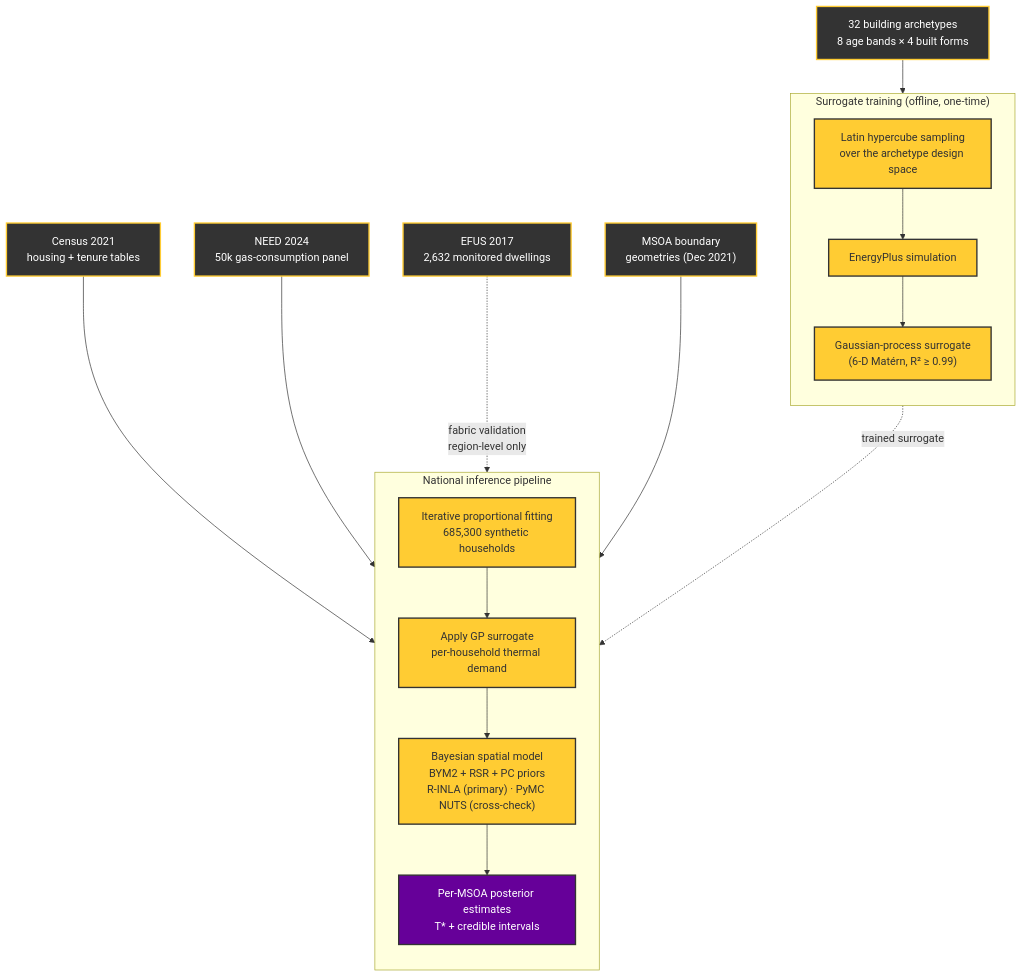
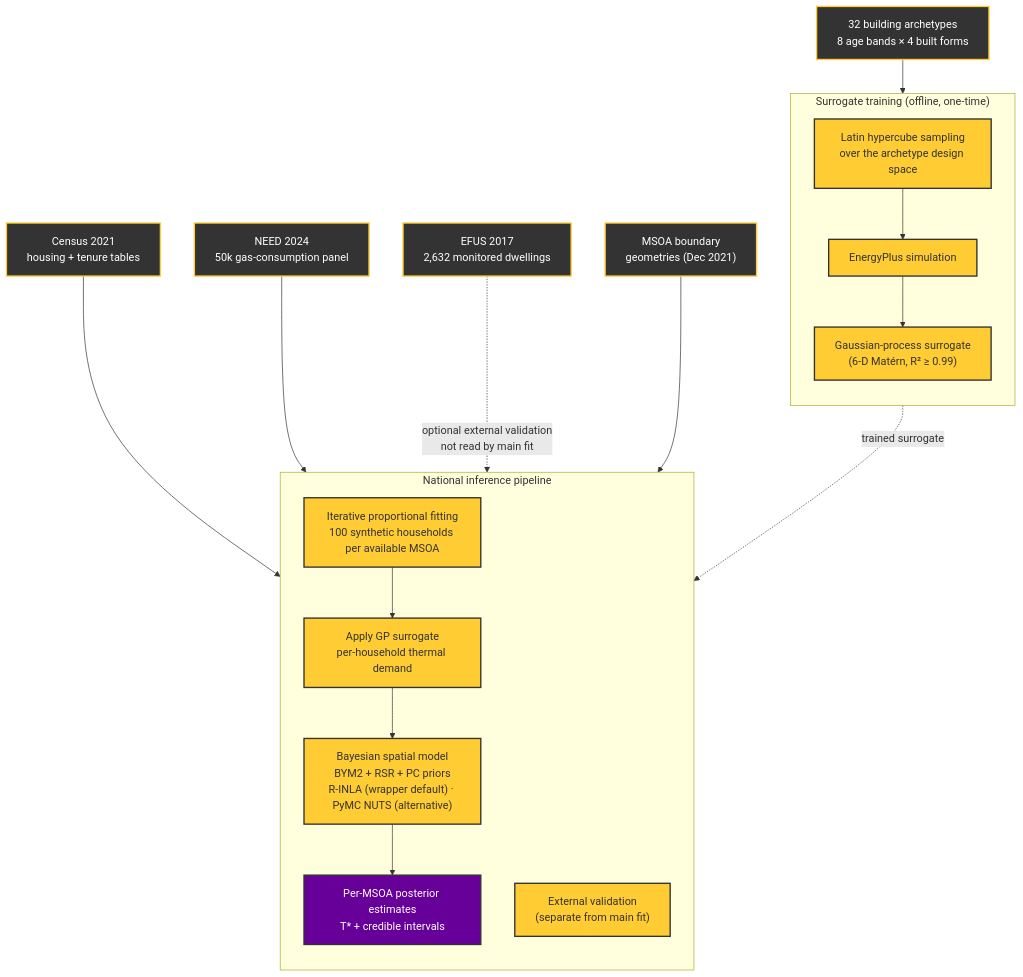
Before and after one commit to JulesBuckland/national-energy-bayesian-network: the diagram in README.md, drawn with Mermaid. The commit also changed other lines of this file and 13 other files, not shown here.

````diff
--- a/README.md
+++ b/README.md
@@ -35,37 +38,38 @@
 ```mermaid
 flowchart TD
     classDef dataset fill:#333333,color:#ffffff,stroke:#FFCC33,stroke-width:2px
     classDef func fill:#FFCC33,color:#333333,stroke:#333333,stroke-width:2px
     classDef output fill:#660099,color:#ffffff,stroke:#333333,stroke-width:2px
 
     %% ── Datasets (external to both pipelines) ──
     Archetypes["32 building archetypes<br/>8 age bands × 4 built forms"]:::dataset
     Census["Census 2021<br/>housing + tenure tables"]:::dataset
     NEED["NEED 2024<br/>50k gas-consumption panel"]:::dataset
     EFUS["EFUS 2017<br/>2,632 monitored dwellings"]:::dataset
     Boundaries["MSOA boundary<br/>geometries (Dec 2021)"]:::dataset
 
     subgraph Surrogate ["Surrogate training (offline, one-time)"]
         direction TB
         LHS["Latin hypercube sampling<br/>over the archetype design space"]:::func
         EP["EnergyPlus simulation"]:::func
         GPTrain["Gaussian-process surrogate<br/>(6-D Matérn, R² ≥ 0.99)"]:::func
         LHS --> EP --> GPTrain
     end
 
     subgraph Pipeline ["National inference pipeline"]
         direction TB
-        IPF["Iterative proportional fitting<br/>685,300 synthetic households"]:::func
+        IPF["Iterative proportional fitting<br/>100 synthetic households per available MSOA"]:::func
         Apply["Apply GP surrogate<br/>per-household thermal demand"]:::func
-        Fit["Bayesian spatial model<br/>BYM2 + RSR + PC priors<br/>R-INLA (primary) · PyMC NUTS (cross-check)"]:::func
+        Fit["Bayesian spatial model<br/>BYM2 + RSR + PC priors<br/>R-INLA (wrapper default) · PyMC NUTS (alternative)"]:::func
         Output["Per-MSOA posterior estimates<br/>T* + credible intervals"]:::output
+        Validation["External validation<br/>(separate from main fit)"]:::func
         IPF --> Apply --> Fit --> Output
     end
 
     Archetypes --> LHS
     Census --> IPF
     NEED --> IPF
-    EFUS -.->|fabric validation<br/>region-level only| Fit
+    EFUS -.->|optional external validation<br/>not read by main fit| Validation
     Boundaries --> Fit
     GPTrain -.->|trained surrogate| Apply
 ```
````
